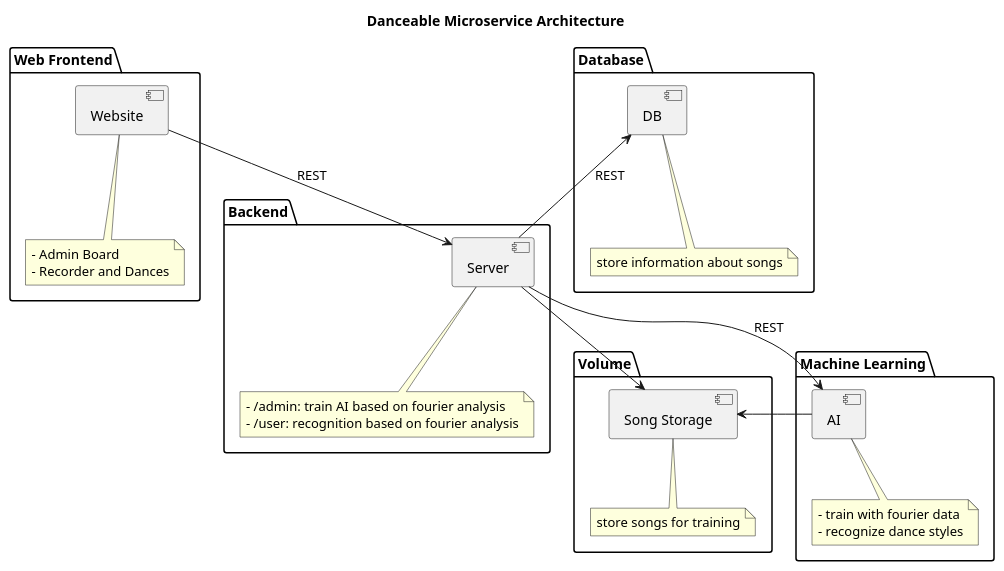
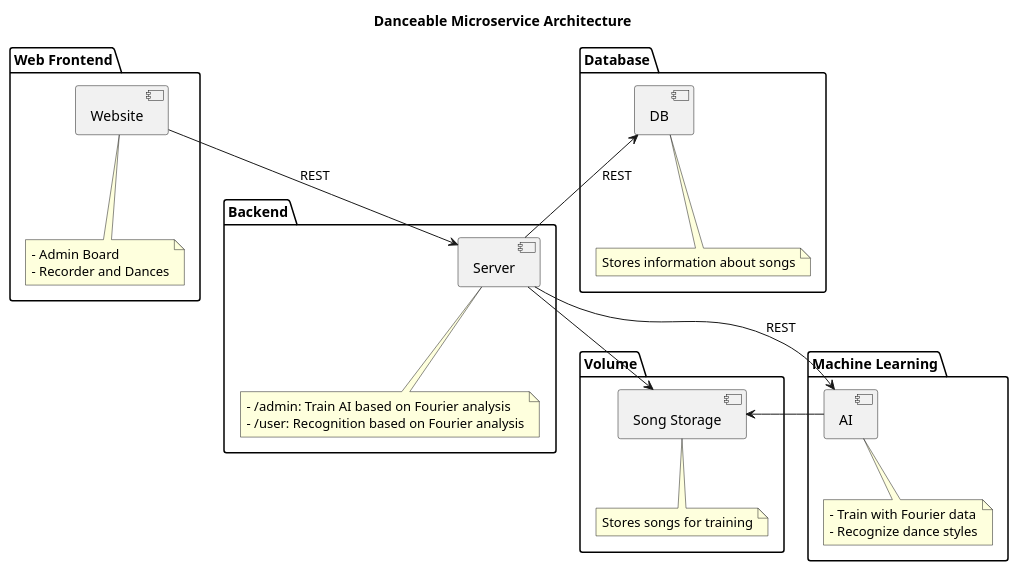
Before and after one commit to 2425-4bhitm-itp/danceable: the diagram in documentation/microservice_architecture_technologies.puml, drawn with PlantUML.

Commit message:
MOD[documentation]: cleanup and format text

```diff
--- a/documentation/microservice_architecture_technologies.puml
+++ b/documentation/microservice_architecture_technologies.puml
@@ -1,48 +1,47 @@
 @startuml
 title Danceable Microservice Architecture
 
 package "Web Frontend" {
   [Website]
   note bottom of [Website]
     - Admin Board
     - Recorder and Dances
-    end note
-
+  end note
 }
 
 package "Backend" {
   [Server]
   note bottom of [Server]
-    - /admin: train AI based on fourier analysis
-    - /user: recognition based on fourier analysis
-    end note
+    - /admin: Train AI based on Fourier analysis
+    - /user: Recognition based on Fourier analysis
+  end note
 }
 
 package "Database" {
   [DB]
   note bottom of [DB]
-    store information about songs
-    end note
+    Stores information about songs
+  end note
 }
 
 package "Volume" {
   [Song Storage]
   note bottom of [Song Storage]
-    store songs for training
-    end note
+    Stores songs for training
+  end note
 }
 
 package "Machine Learning" {
   [AI]
   note bottom of [AI]
-    - train with fourier data
-    - recognize dance styles
-    end note
+    - Train with Fourier data
+    - Recognize dance styles
+  end note
 }
 
 [Website] --> [Server] : REST
 [Server] -up-> [DB] : REST
 [Server] --> [AI] : REST
 [Server] --> [Song Storage]
 [AI] -left-> [Song Storage]
 @enduml
```
